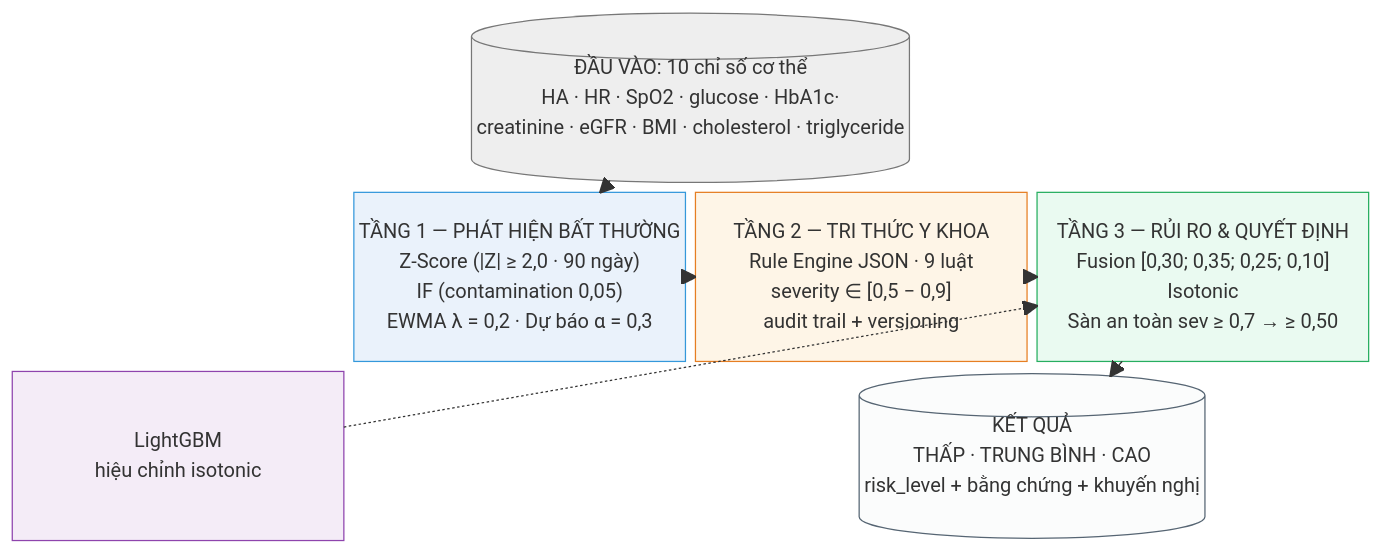
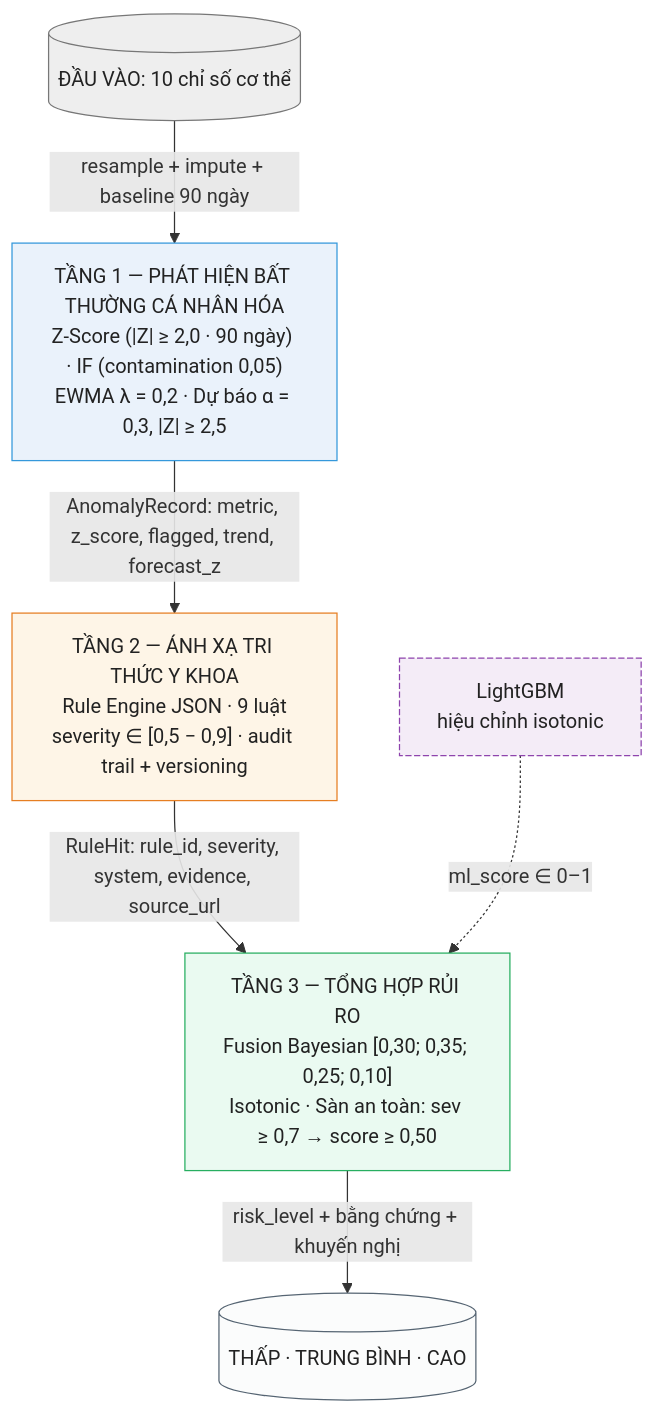
The diagram in docs/figures/fig7_architecture_3d.mmd (dotlinux26/health-risk-early-warning), drawn with Mermaid before and after one commit. The commit also changed 2 other files, not shown here.

Commit message:
fig7: flowchart TD với mũi tên có label, fitted layout

```diff
--- a/docs/figures/fig7_architecture_3d.mmd
+++ b/docs/figures/fig7_architecture_3d.mmd
@@ -1,21 +1,12 @@
-block-beta
-  columns 4
-  IN[("ĐẦU VÀO: 10 chỉ số cơ thể\nHA · HR · SpO2 · glucose · HbA1c·\ncreatinine · eGFR · BMI · cholesterol · triglyceride")]:4
-  space:1
-  T1["TẦNG 1 — PHÁT HIỆN BẤT THƯỜNG\nZ-Score (|Z| ≥ 2,0 · 90 ngày)\nIF (contamination 0,05)\nEWMA λ = 0,2 · Dự báo α = 0,3"]:1
-  T2["TẦNG 2 — TRI THỨC Y KHOA\nRule Engine JSON · 9 luật\nseverity ∈ [0,5 − 0,9]\naudit trail + versioning"]:1
-  T3["TẦNG 3 — RỦI RO & QUYẾT ĐỊNH\nFusion [0,30; 0,35; 0,25; 0,10]\nIsotonic\nSàn an toàn sev ≥ 0,7 → ≥ 0,50"]:1
-  ML["LightGBM\nhiệu chỉnh isotonic"]:1
-  space:1
-  OUT[("KẾT QUẢ\nTHẤP · TRUNG BÌNH · CAO\nrisk_level + bằng chứng + khuyến nghị")]:2
-  IN --> T1
-  T1 --> T2
-  T2 --> T3
-  ML -.-> T3
-  T3 --> OUT
-  style IN fill:#eee,stroke:#777,color:#222
-  style T1 fill:#eaf2fb,stroke:#3498db,color:#222
-  style T2 fill:#fef5e7,stroke:#e67e22,color:#222
-  style T3 fill:#eafaf1,stroke:#27ae60,color:#222
-  style ML fill:#f4ecf7,stroke:#8e44ad,color:#222
-  style OUT fill:#fbfcfc,stroke:#566573,color:#222
+flowchart TD
+    IN[("ĐẦU VÀO: 10 chỉ số cơ thể")] -->|resample + impute + baseline 90 ngày| T1
+    T1["TẦNG 1 — PHÁT HIỆN BẤT THƯỜNG CÁ NHÂN HÓA\nZ-Score (|Z| ≥ 2,0 · 90 ngày) · IF (contamination 0,05)\nEWMA λ = 0,2 · Dự báo α = 0,3, |Z| ≥ 2,5"] -->|"AnomalyRecord: metric, z_score, flagged, trend, forecast_z"| T2["TẦNG 2 — ÁNH XẠ TRI THỨC Y KHOA\nRule Engine JSON · 9 luật\nseverity ∈ [0,5 − 0,9] · audit trail + versioning"]
+    T2 -->|"RuleHit: rule_id, severity, system, evidence, source_url"| T3["TẦNG 3 — TỔNG HỢP RỦI RO\nFusion Bayesian [0,30; 0,35; 0,25; 0,10]\nIsotonic · Sàn an toàn: sev ≥ 0,7 → score ≥ 0,50"]
+    ML["LightGBM\nhiệu chỉnh isotonic"] -.->|ml_score ∈ 0–1| T3
+    T3 -->|risk_level + bằng chứng + khuyến nghị| OUT[("THẤP · TRUNG BÌNH · CAO")]
+    style IN fill:#eee,stroke:#777,color:#222
+    style T1 fill:#eaf2fb,stroke:#3498db,color:#222
+    style T2 fill:#fef5e7,stroke:#e67e22,color:#222
+    style T3 fill:#eafaf1,stroke:#27ae60,color:#222
+    style ML fill:#f4ecf7,stroke:#8e44ad,color:#222,stroke-dasharray: 5 2
+    style OUT fill:#fbfcfc,stroke:#566573,color:#222
```
